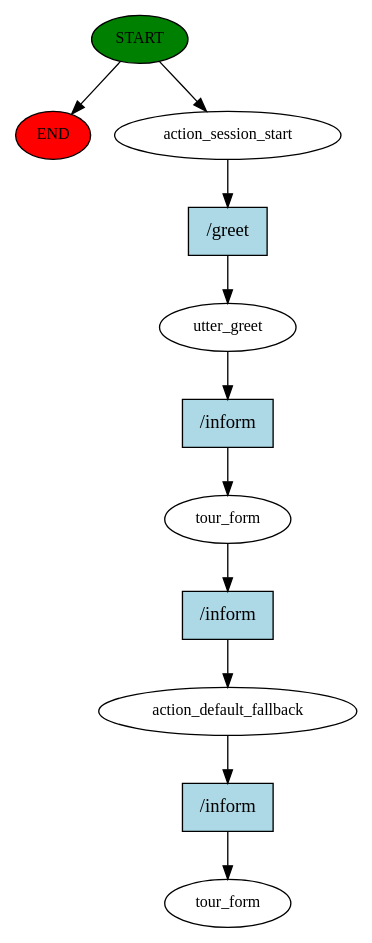
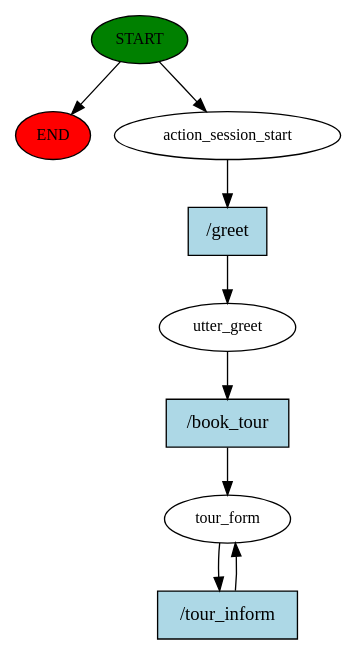
The diagram in story_graph.dot (sitoan/chatbot), drawn with Graphviz before and after one commit. The commit also changed 332 other files, not shown here.

```diff
--- a/story_graph.dot
+++ b/story_graph.dot
@@ -1,23 +1,18 @@
 digraph  {
 0 [class="start active", fillcolor=green, fontsize=12, label=START, style=filled];
 "-1" [class=end, fillcolor=red, fontsize=12, label=END, style=filled];
 1 [class=active, fontsize=12, label=action_session_start];
 2 [class=active, fontsize=12, label=utter_greet];
-3 [class=active, fontsize=12, label=tour_form];
-4 [class=active, fontsize=12, label=action_default_fallback];
-5 [class="dashed active", fontsize=12, label=tour_form];
+3 [class="active dashed", fontsize=12, label=tour_form];
 6 [class="intent active", fillcolor=lightblue, label="/greet", shape=rect, style=filled];
-7 [class="intent active", fillcolor=lightblue, label="/inform", shape=rect, style=filled];
-8 [class="intent active", fillcolor=lightblue, label="/inform", shape=rect, style=filled];
-9 [class="intent active", fillcolor=lightblue, label="/inform", shape=rect, style=filled];
+7 [class="intent active", fillcolor=lightblue, label="/book_tour", shape=rect, style=filled];
+8 [class="intent active", fillcolor=lightblue, label="/tour_inform", shape=rect, style=filled];
 0 -> "-1"  [class="", key=NONE, label=""];
 0 -> 1  [class=active, key=NONE, label=""];
 1 -> 6  [class=active, key=0];
 2 -> 7  [class=active, key=0];
 3 -> 8  [class=active, key=0];
-4 -> 9  [class=active, key=0];
 6 -> 2  [class=active, key=0];
 7 -> 3  [class=active, key=0];
-8 -> 4  [class=active, key=0];
-9 -> 5  [class=active, key=0];
+8 -> 3  [class=active, key=0];
 }
```
